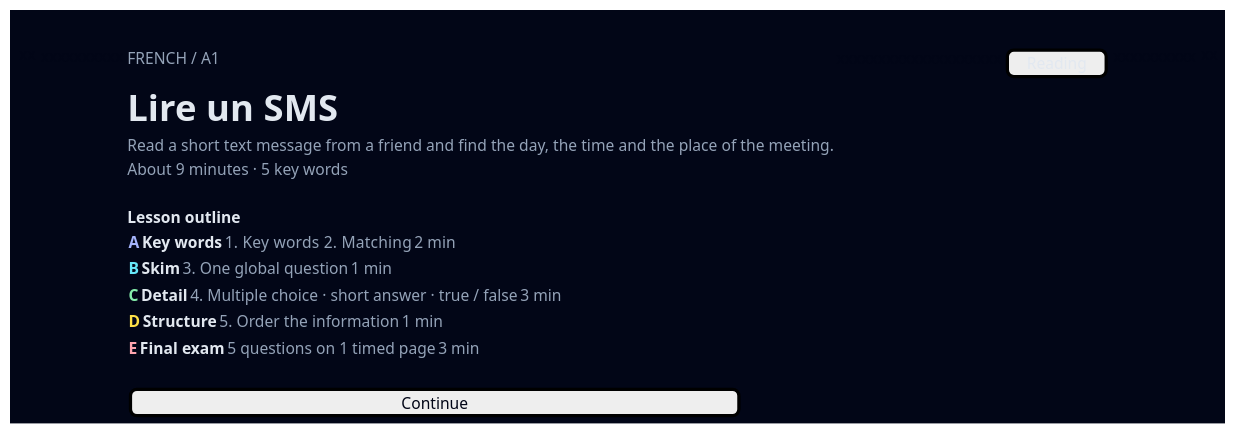
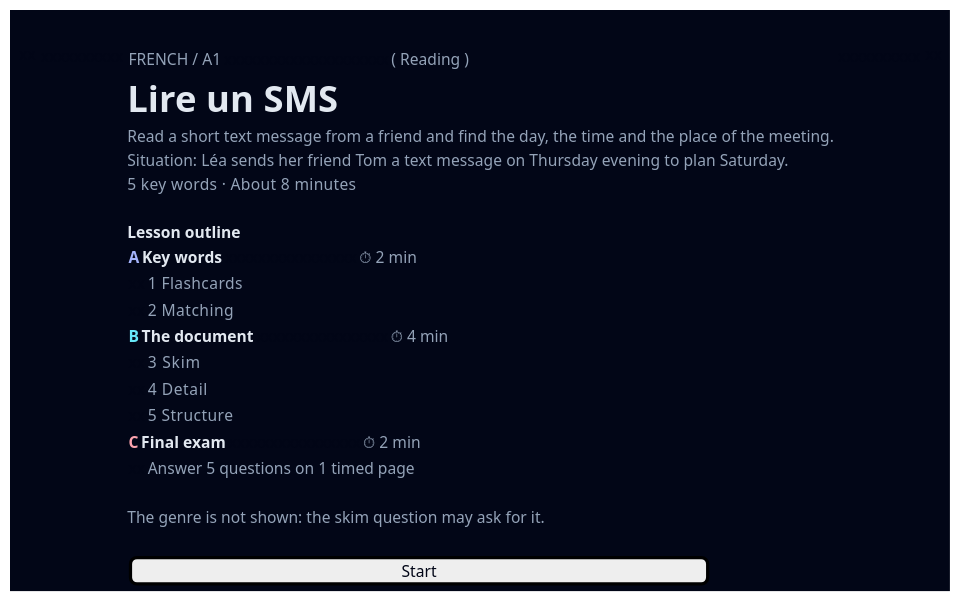
One commit to bastian-schnitzler/lesson_prototype changed the diagram in docs/mockups/06-reading-lesson/01-startpage/lesson-start.puml. Above: the diagram before and after it, drawn with PlantUML. The commit also changed 21 other files, not shown here.

```diff
--- a/docs/mockups/06-reading-lesson/01-startpage/lesson-start.puml
+++ b/docs/mockups/06-reading-lesson/01-startpage/lesson-start.puml
@@ -1,28 +1,35 @@
 @startsalt
 skinparam backgroundColor #020617
 skinparam defaultFontName SansSerif
 skinparam defaultFontSize 15
 skinparam defaultFontColor #E2E8F0
 scale 1.3
 {
 .
 { <color:#020617>xx</color> | {
 { <color:#020617>xxxxxxxxxx</color> | {
-<color:#94A3B8>FRENCH / A1</color> | <color:#020617>xxxxxxxxxxxxxxxxxxxx</color> | [ <color:#E2E8F0>Reading</color> ]
+{ <color:#94A3B8>FRENCH / A1</color> | <color:#020617>xxxxxxxxxxxxxxxxxxxx</color> | <color:#94A3B8>( Reading )</color> }
 <size:28><color:#E2E8F0><b>Lire un SMS</b></color></size>
 <color:#94A3B8>Read a short text message from a friend and find the day, the time and the place of the meeting.</color>
-<color:#94A3B8>About 9 minutes · 5 key words</color>
+<color:#94A3B8>Situation: Léa sends her friend Tom a text message on Thursday evening to plan Saturday.</color>
+<color:#94A3B8>5 key words  ·  About 8 minutes</color>
 .
 <color:#E2E8F0><b>Lesson outline</b></color>
-{ <color:#A5B4FC><b>A</b></color> | <color:#E2E8F0><b>Key words</b></color> | <color:#94A3B8>1. Key words  2. Matching</color> | <color:#94A3B8>2 min</color> }
-{ <color:#67E8F9><b>B</b></color> | <color:#E2E8F0><b>Skim</b></color> | <color:#94A3B8>3. One global question</color> | <color:#94A3B8>1 min</color> }
-{ <color:#86EFAC><b>C</b></color> | <color:#E2E8F0><b>Detail</b></color> | <color:#94A3B8>4. Multiple choice · short answer · true / false</color> | <color:#94A3B8>3 min</color> }
-{ <color:#FDE047><b>D</b></color> | <color:#E2E8F0><b>Structure</b></color> | <color:#94A3B8>5. Order the information</color> | <color:#94A3B8>1 min</color> }
-{ <color:#FDA4AF><b>E</b></color> | <color:#E2E8F0><b>Final exam</b></color> | <color:#94A3B8>5 questions on 1 timed page</color> | <color:#94A3B8>3 min</color> }
+{ <color:#A5B4FC><b>A</b></color> | <color:#E2E8F0><b>Key words</b></color> | <color:#020617>xxxxxxxxxxxxxxxx</color> | <color:#94A3B8>⏱ 2 min</color> }
+{ <color:#020617>xx</color> | <color:#94A3B8>1  Flashcards</color> }
+{ <color:#020617>xx</color> | <color:#94A3B8>2  Matching</color> }
+{ <color:#67E8F9><b>B</b></color> | <color:#E2E8F0><b>The document</b></color> | <color:#020617>xxxxxxxxxxxxxxxx</color> | <color:#94A3B8>⏱ 4 min</color> }
+{ <color:#020617>xx</color> | <color:#94A3B8>3  Skim</color> }
+{ <color:#020617>xx</color> | <color:#94A3B8>4  Detail</color> }
+{ <color:#020617>xx</color> | <color:#94A3B8>5  Structure</color> }
+{ <color:#FDA4AF><b>C</b></color> | <color:#E2E8F0><b>Final exam</b></color> | <color:#020617>xxxxxxxxxxxxxxxx</color> | <color:#94A3B8>⏱ 2 min</color> }
+{ <color:#020617>xx</color> | <color:#94A3B8>Answer 5 questions on 1 timed page</color> }
 .
-[ <color:#020617>                        Continue                        </color> ]
+<color:#94A3B8>The genre is not shown: the skim question may ask for it.</color>
+.
+[ <color:#020617>                        Start                        </color> ]
 } | <color:#020617>xxxxxxxxxx</color> }
 } | <color:#020617>xx</color> }
 .
 }
 @endsalt
```
